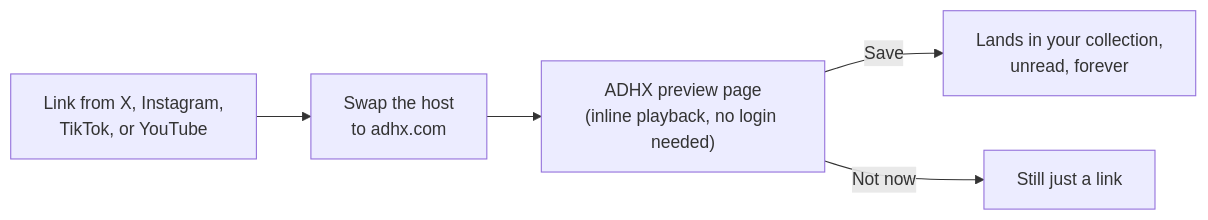
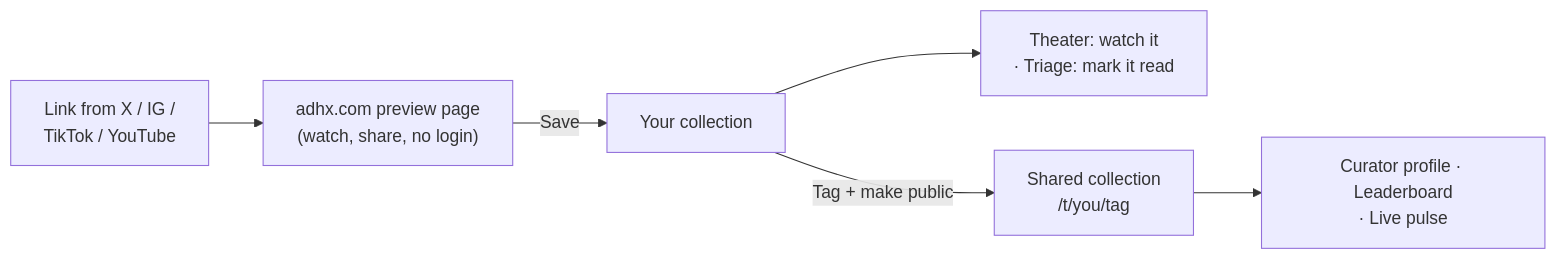
The diagram in README.md (itsmemeworks/adhx), drawn with Mermaid before and after one commit. The commit also changed other lines of this file and 6 other files, not shown here.

````diff
--- a/README.md
+++ b/README.md
@@ -48,7 +28,8 @@
 ```mermaid
 flowchart LR
-    A["Link from X, Instagram,<br/>TikTok, or YouTube"] --> B["Swap the host<br/>to adhx.com"]
-    B --> C["ADHX preview page<br/>(inline playback, no login needed)"]
-    C -->|Save| D["Lands in your collection,<br/>unread, forever"]
-    C -->|Not now| E["Still just a link"]
+    A["Link from X / IG /<br/>TikTok / YouTube"] --> B["adhx.com preview page<br/>(watch, share, no login)"]
+    B -->|Save| C["Your collection"]
+    C --> D["Theater: watch it<br/>· Triage: mark it read"]
+    C -->|Tag + make public| E["Shared collection<br/>/t/you/tag"]
+    E --> F["Curator profile · Leaderboard<br/>· Live pulse"]
 ```
````
